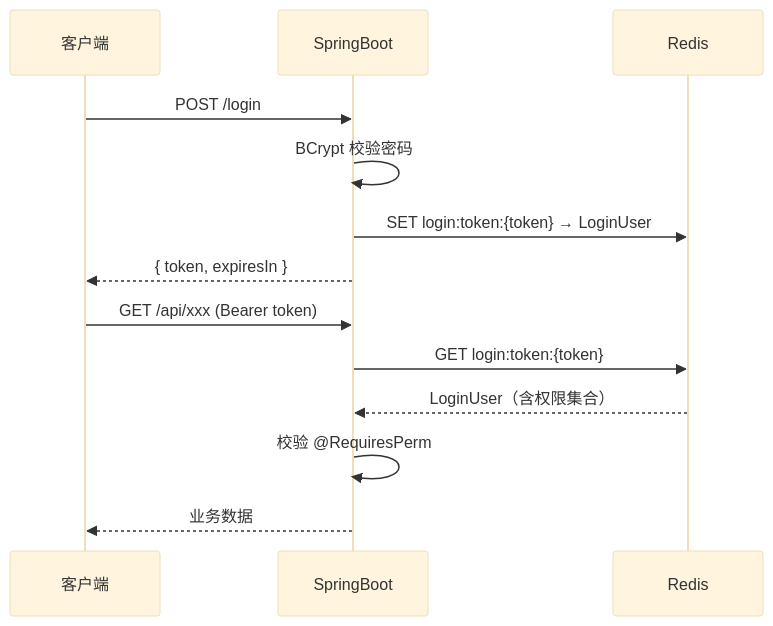
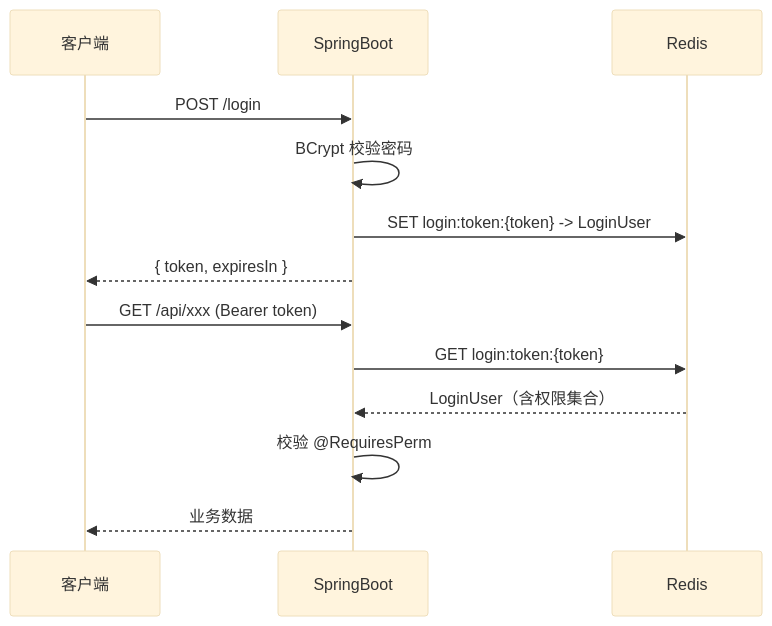
One commit to TTFCJ/campus-ms-backend changed the second of 3 diagrams in README.md. Above: the diagram before and after it, drawn with Mermaid (base theme). The commit also changed other lines of this file, not shown here.

````diff
--- a/README.md
+++ b/README.md
@@ -322,17 +328,17 @@
 ```mermaid
 sequenceDiagram
     participant C as 客户端
     participant S as SpringBoot
     participant R as Redis
 
     C->>S: POST /login
     S->>S: BCrypt 校验密码
-    S->>R: SET login:token:{token} → LoginUser
+    S->>R: SET login:token:{token} -> LoginUser
     S-->>C: { token, expiresIn }
 
     C->>S: GET /api/xxx (Bearer token)
     S->>R: GET login:token:{token}
     R-->>S: LoginUser（含权限集合）
     S->>S: 校验 @RequiresPerm
     S-->>C: 业务数据
 ```
````
